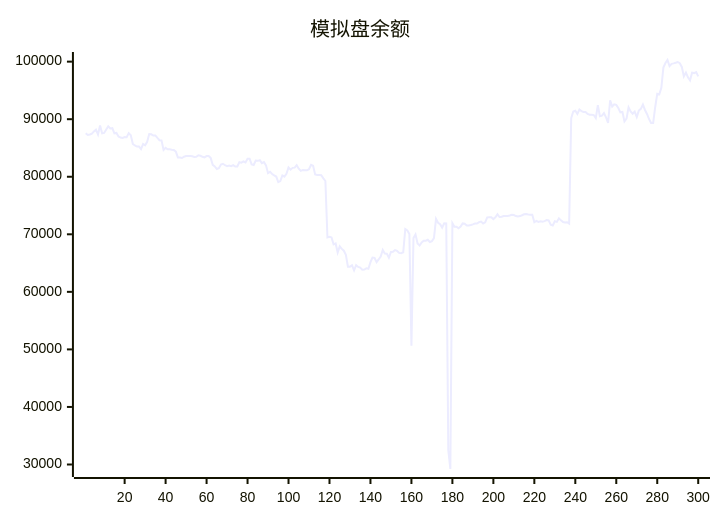
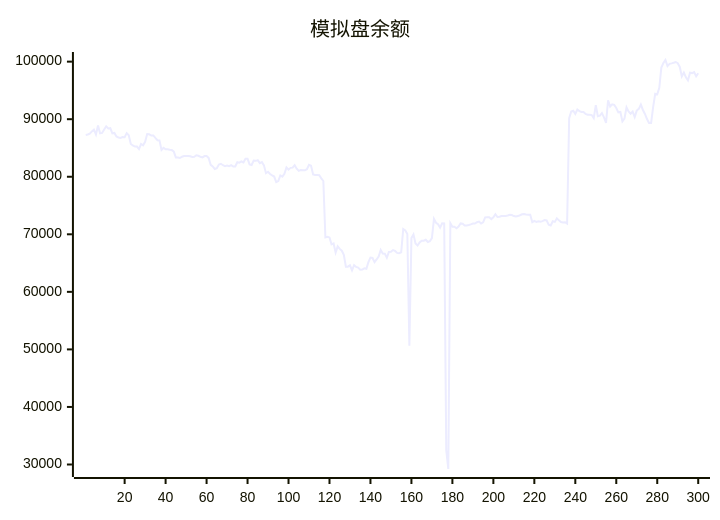
One commit to aahl/ai-trading changed the diagram in README.md. Above: the diagram before and after it, drawn with Mermaid. The commit also changed other lines of this file and 1 other file, not shown here.

````diff
--- a/README.md
+++ b/README.md
@@ -5,5 +5,5 @@
 ```mermaid
 xychart
     title "模拟盘余额"
-    line [87563,87264,87335,87483,87886,88180,87335,88894,87544,87608,88207,88755,88401,88444,87543,87608,87000,86810,86740,86894,86884,87576,87209,85686,85435,85251,85255,84820,85689,85453,86066,87420,87373,87161,87178,86740,86341,86315,84643,85012,84772,84768,84690,84635,84376,83360,83357,83259,83474,83608,83606,83602,83548,83440,83454,83724,83644,83464,83365,83590,83592,83275,82072,81806,81344,81492,82109,82254,82006,81848,81955,81829,82022,81769,81776,82522,82441,82656,82498,83144,83144,82150,82038,82797,82763,82872,82367,82536,81981,80612,80862,80484,80242,80034,79063,79245,80226,80016,80507,81625,81233,81544,81578,82016,81401,81019,81186,81130,81118,81306,82066,81909,80392,80304,80291,80258,79729,79261,69466,69579,69456,68251,68415,66832,67911,67462,67144,66432,64380,64375,64606,63740,64647,64324,64216,63842,63877,64078,64008,65156,65945,65888,65157,65625,66144,67284,66653,66639,65924,66925,66956,67263,67108,66766,66729,66886,70927,70673,70049,50652,69334,69973,68400,68061,68578,68876,68879,69055,68662,68822,69329,72687,71999,71760,71162,71911,71896,32500,29218,71927,71297,71305,71044,71337,71883,71822,71536,71536,71622,71723,71880,71860,72100,72216,71887,72077,72940,72976,72966,72638,72948,73497,73004,73041,73173,73160,73186,73258,73375,73351,73173,73098,73161,73305,73474,73536,73457,73413,73412,72100,72333,72164,72272,72204,72285,72461,72421,71652,71521,72267,72157,72774,72424,72144,72060,72091,71858,90185,91338,91466,90900,91678,91404,91268,91244,90903,90779,90787,90721,90187,92429,90518,90619,91070,90328,89376,93286,92202,92581,92485,91947,91196,91259,89619,90086,92063,91355,90950,91327,90373,91498,91800,92531,91603,90910,90031,89351,89334,92097,94406,94315,95455,98972,99763,100286,99229,99622,99701,99805,99938,99738,99082,97430,98094,97267,96741,98081,98013,98194,97447]
+    line [87264,87335,87483,87886,88180,87335,88894,87544,87608,88207,88755,88401,88444,87543,87608,87000,86810,86740,86894,86884,87576,87209,85686,85435,85251,85255,84820,85689,85453,86066,87420,87373,87161,87178,86740,86341,86315,84643,85012,84772,84768,84690,84635,84376,83360,83357,83259,83474,83608,83606,83602,83548,83440,83454,83724,83644,83464,83365,83590,83592,83275,82072,81806,81344,81492,82109,82254,82006,81848,81955,81829,82022,81769,81776,82522,82441,82656,82498,83144,83144,82150,82038,82797,82763,82872,82367,82536,81981,80612,80862,80484,80242,80034,79063,79245,80226,80016,80507,81625,81233,81544,81578,82016,81401,81019,81186,81130,81118,81306,82066,81909,80392,80304,80291,80258,79729,79261,69466,69579,69456,68251,68415,66832,67911,67462,67144,66432,64380,64375,64606,63740,64647,64324,64216,63842,63877,64078,64008,65156,65945,65888,65157,65625,66144,67284,66653,66639,65924,66925,66956,67263,67108,66766,66729,66886,70927,70673,70049,50652,69334,69973,68400,68061,68578,68876,68879,69055,68662,68822,69329,72687,71999,71760,71162,71911,71896,32500,29218,71927,71297,71305,71044,71337,71883,71822,71536,71536,71622,71723,71880,71860,72100,72216,71887,72077,72940,72976,72966,72638,72948,73497,73004,73041,73173,73160,73186,73258,73375,73351,73173,73098,73161,73305,73474,73536,73457,73413,73412,72100,72333,72164,72272,72204,72285,72461,72421,71652,71521,72267,72157,72774,72424,72144,72060,72091,71858,90185,91338,91466,90900,91678,91404,91268,91244,90903,90779,90787,90721,90187,92429,90518,90619,91070,90328,89376,93286,92202,92581,92485,91947,91196,91259,89619,90086,92063,91355,90950,91327,90373,91498,91800,92531,91603,90910,90031,89351,89334,92097,94406,94315,95455,98972,99763,100286,99229,99622,99701,99805,99938,99738,99082,97430,98094,97267,96741,98081,98013,98194,97447,97983]
 ```
````
